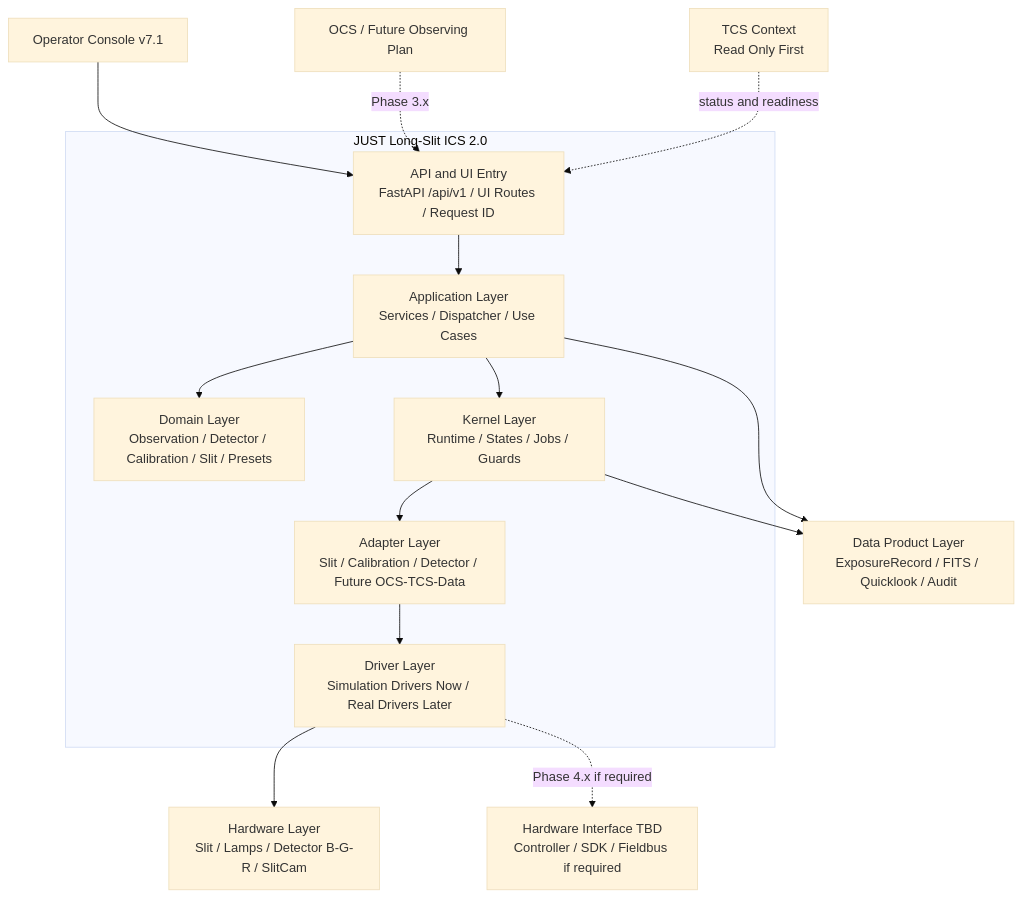
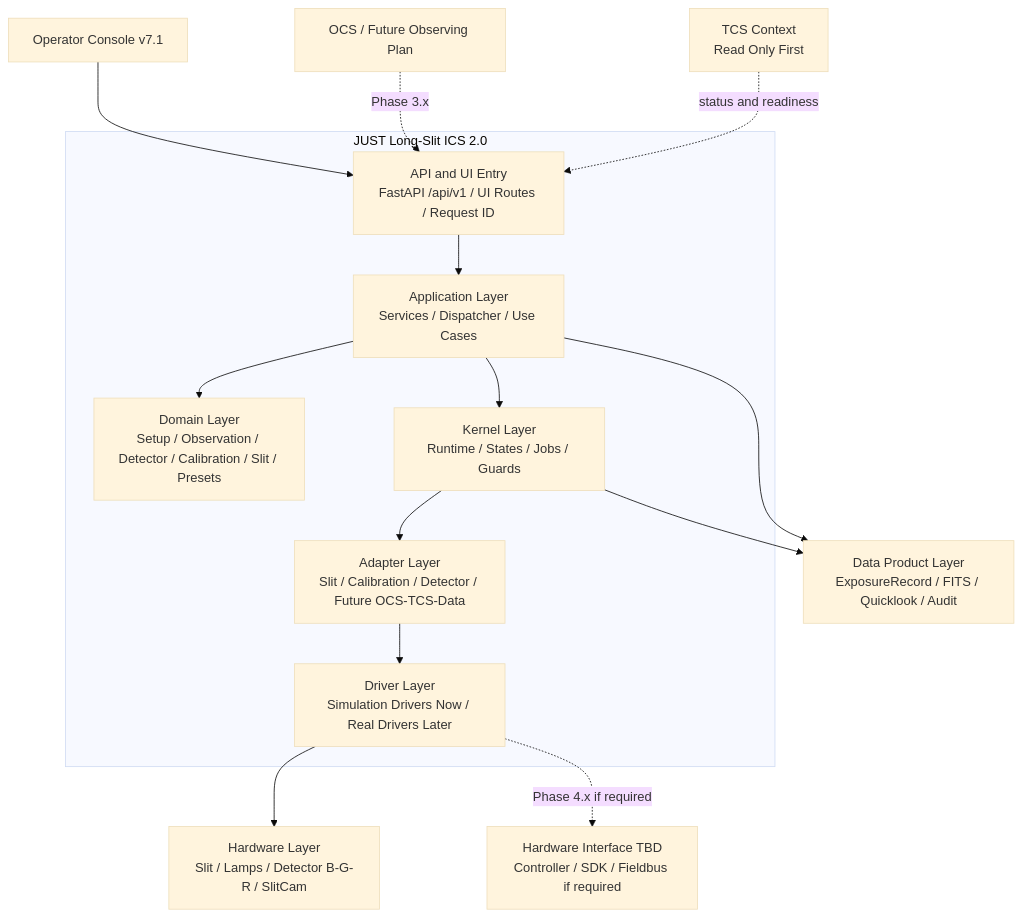
Before and after one commit to UmutMahmut/just-longslit-ics2: the first of 2 diagrams in docs/ics2_software_development_strategy.md, drawn with Mermaid (base theme). The commit also changed other lines of this file, not shown here.

````diff
--- a/docs/ics2_software_development_strategy.md
+++ b/docs/ics2_software_development_strategy.md
@@ -245,35 +243,35 @@
 ```mermaid
 flowchart TB
   OCS["OCS / Future Observing Plan"]
   Operator["Operator Console v7.1"]
   TCS["TCS Context<br/>Read Only First"]
 
   subgraph ICS["JUST Long-Slit ICS 2.0"]
     API["API and UI Entry<br/>FastAPI /api/v1 / UI Routes / Request ID"]
     APP["Application Layer<br/>Services / Dispatcher / Use Cases"]
-    DOMAIN["Domain Layer<br/>Observation / Detector / Calibration / Slit / Presets"]
+    DOMAIN["Domain Layer<br/>Setup / Observation / Detector / Calibration / Slit / Presets"]
     KERNEL["Kernel Layer<br/>Runtime / States / Jobs / Guards"]
     ADAPTER["Adapter Layer<br/>Slit / Calibration / Detector / Future OCS-TCS-Data"]
     DRIVER["Driver Layer<br/>Simulation Drivers Now / Real Drivers Later"]
   end
 
   DATA["Data Product Layer<br/>ExposureRecord / FITS / Quicklook / Audit"]
   HW["Hardware Layer<br/>Slit / Lamps / Detector B-G-R / SlitCam"]
   HWIF["Hardware Interface TBD<br/>Controller / SDK / Fieldbus if required"]
 
   Operator --> API
   OCS -. "Phase 3.x" .-> API
   TCS -. "status and readiness" .-> API
 
   API --> APP
   APP --> DOMAIN
   APP --> KERNEL
   KERNEL --> ADAPTER
   ADAPTER --> DRIVER
 
   DRIVER --> HW
   DRIVER -. "Phase 4.x if required" .-> HWIF
 
   APP --> DATA
   KERNEL --> DATA
 ```
````
